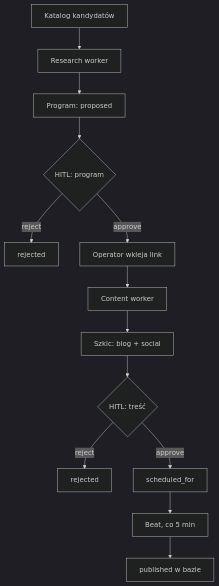
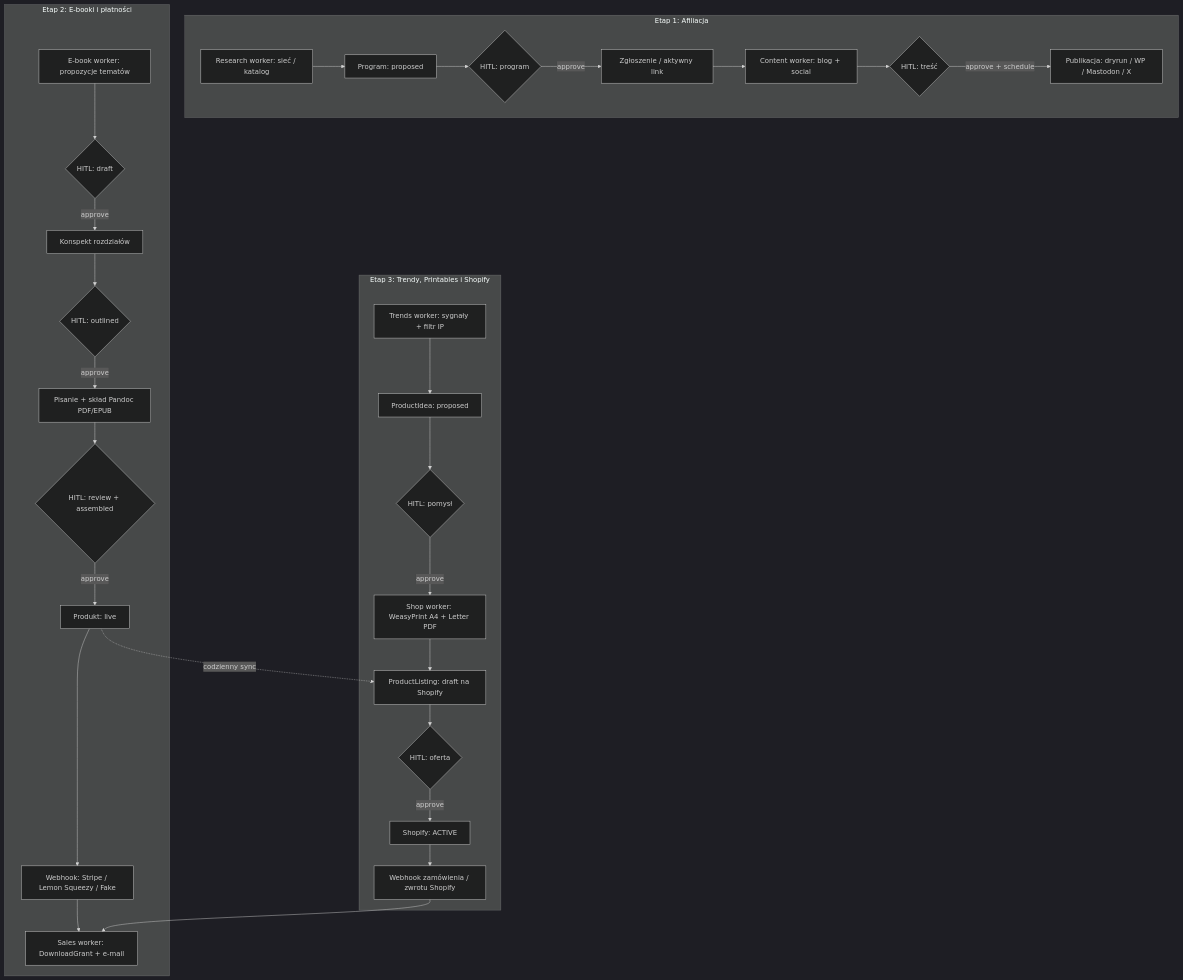
The fifth of 8 diagrams in README.md (ovezthaking/Autonomous-AI-Revenue-System), drawn with Mermaid (dark theme) before and after one commit. The commit also changed other lines of this file, not shown here.

Commit message:
Update readme with shopify digital store and trend discovery

````diff
--- a/README.md
+++ b/README.md
@@ -271,15 +401,34 @@
 ```mermaid
 flowchart TD
-  catalog[Katalog kandydatów] --> research[Research worker]
-  research --> proposed[Program: proposed]
-  proposed --> gate1{HITL: program}
-  gate1 -->|reject| rejectedProg[rejected]
-  gate1 -->|approve| link[Operator wkleja link]
-  link --> content[Content worker]
-  content --> draft[Szkic: blog + social]
-  draft --> gate2{HITL: treść}
-  gate2 -->|reject| rejectedCopy[rejected]
-  gate2 -->|approve| schedule[scheduled_for]
-  schedule --> beat[Beat, co 5 min]
-  beat --> published[published w bazie]
+  subgraph S1["Etap 1: Afiliacja"]
+    discover[Research worker: sieć / katalog] --> prog[Program: proposed]
+    prog --> gateProg{HITL: program}
+    gateProg -->|approve| app[Zgłoszenie / aktywny link]
+    app --> content[Content worker: blog + social]
+    content --> gateCopy{HITL: treść}
+    gateCopy -->|approve + schedule| pub[Publikacja: dryrun / WP / Mastodon / X]
+  end
+
+  subgraph S2["Etap 2: E-booki i płatności"]
+    proposeBook[E-book worker: propozycje tematów] --> gateTopic{HITL: draft}
+    gateTopic -->|approve| outline[Konspekt rozdziałów]
+    outline --> gateOutline{HITL: outlined}
+    gateOutline -->|approve| writeAssemble[Pisanie + skład Pandoc PDF/EPUB]
+    writeAssemble --> gateLive{HITL: review + assembled}
+    gateLive -->|approve| liveBook[Produkt: live]
+    liveBook --> checkout[Webhook: Stripe / Lemon Squeezy / Fake]
+    checkout --> fulfill[Sales worker: DownloadGrant + e-mail]
+  end
+
+  subgraph S3["Etap 3: Trendy, Printables i Shopify"]
+    trends[Trends worker: sygnały + filtr IP] --> idea[ProductIdea: proposed]
+    idea --> gateIdea{HITL: pomysł}
+    gateIdea -->|approve| buildPdf[Shop worker: WeasyPrint A4 + Letter PDF]
+    buildPdf --> draftListing[ProductListing: draft na Shopify]
+    liveBook -.->|codzienny sync| draftListing
+    draftListing --> gateListing{HITL: oferta}
+    gateListing -->|approve| activeListing[Shopify: ACTIVE]
+    activeListing --> shopWebhook[Webhook zamówienia / zwrotu Shopify]
+    shopWebhook --> fulfill
+  end
 ```
````
